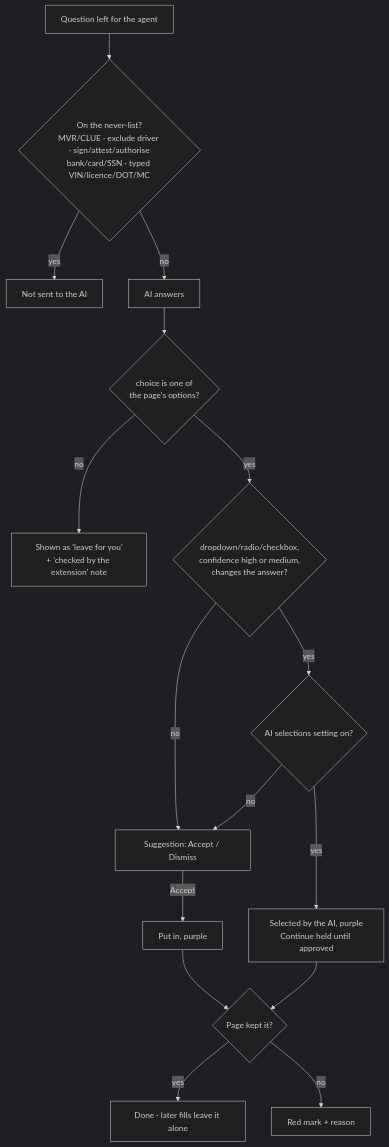
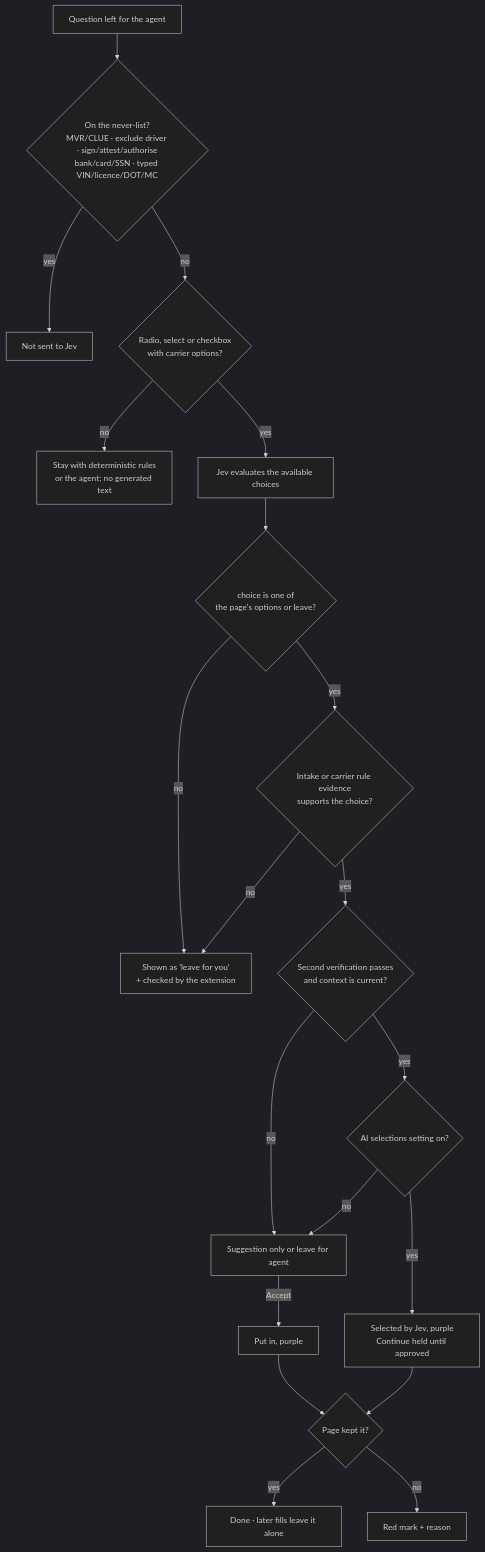
Before and after one commit to lutfikeskin/tni-rater-autofill: the third of 5 diagrams in docs/ai-assistant.md, drawn with Mermaid (dark theme). The commit also changed other lines of this file and 20 other files, not shown here.

First line of the commit message:
feat(ai): Replace Luna with evidence-checked Jev decisions

````diff
--- a/docs/ai-assistant.md
+++ b/docs/ai-assistant.md
@@ -69,18 +74,22 @@
 ```mermaid
 flowchart TD
   Q[Question left for the agent] --> NL{On the never-list?<br/>MVR/CLUE · exclude driver · sign/attest/authorise<br/>bank/card/SSN · typed VIN/licence/DOT/MC}
-  NL -- yes --> X[Not sent to the AI]
-  NL -- no --> M[AI answers]
-  M --> V{choice is one of<br/>the page's options?}
-  V -- no --> LV[Shown as 'leave for you'<br/>+ 'checked by the extension' note]
-  V -- yes --> B{dropdown/radio/checkbox,<br/>confidence high or medium,<br/>changes the answer?}
-  B -- no --> SG[Suggestion: Accept / Dismiss]
-  B -- yes --> AU{AI selections setting on?}
+  NL -- yes --> X[Not sent to Jev]
+  NL -- no --> C{Radio, select or checkbox<br/>with carrier options?}
+  C -- no --> T[Stay with deterministic rules<br/>or the agent; no generated text]
+  C -- yes --> M[Jev evaluates the available choices]
+  M --> V{choice is one of<br/>the page's options or leave?}
+  V -- no --> LV[Shown as 'leave for you'<br/>+ checked by the extension]
+  V -- yes --> E{Intake or carrier rule evidence<br/>supports the choice?}
+  E -- no --> LV
+  E -- yes --> R{Second verification passes<br/>and context is current?}
+  R -- no --> SG[Suggestion only or leave for agent]
+  R -- yes --> AU{AI selections setting on?}
   AU -- no --> SG
-  AU -- yes --> AP[Selected by the AI, purple<br/>Continue held until approved]
+  AU -- yes --> AP[Selected by Jev, purple<br/>Continue held until approved]
   SG -- Accept --> AP2[Put in, purple]
   AP --> CHK{Page kept it?}
   AP2 --> CHK
   CHK -- yes --> OK[Done · later fills leave it alone]
   CHK -- no --> RED[Red mark + reason]
 ```
````
